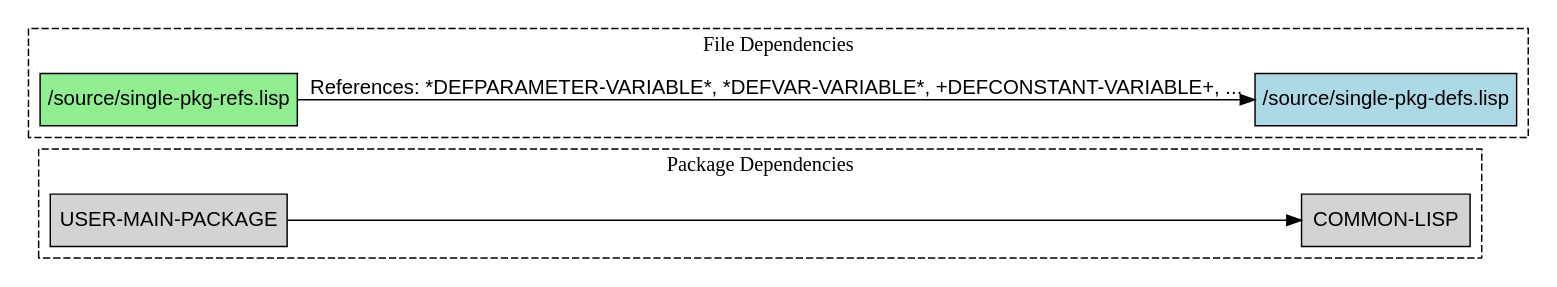
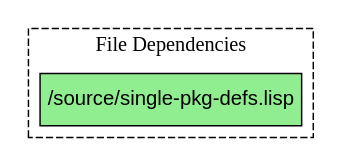
The diagram in reports/TEST-PROJECT-report.dot (davypough/dependency-analyzer), drawn with Graphviz before and after one commit. The commit also changed 7 other files, not shown here.

```diff
--- a/reports/TEST-PROJECT-report.dot
+++ b/reports/TEST-PROJECT-report.dot
@@ -1,29 +1,24 @@
 digraph Dependencies {
   rankdir=LR;
   compound=true;
   node [shape=box, fontname="Arial"];
   edge [fontname="Arial"];
   subgraph cluster_systems {
     label="System Dependencies";
     style=dashed;
     node [style=filled,fillcolor=lightpink];
   }
 
   subgraph cluster_packages {
     label="Package Dependencies";
     style=dashed;
     node [style=filled,fillcolor=lightgrey];
-    "pkg_user_main_package" [label="USER-MAIN-PACKAGE"];
-    "pkg_common_lisp" [label="COMMON-LISP"];
-    "pkg_user_main_package" -> "pkg_common_lisp";
   }
 
   subgraph cluster_files {
     label="File Dependencies";
     style=dashed;
     node [style=filled,fillcolor=lightblue];
-    "single_pkg_defs_lisp" [label="/source/single-pkg-defs.lisp"];
-    "single_pkg_refs_lisp" [label="/source/single-pkg-refs.lisp",fillcolor=lightgreen];
-    "single_pkg_refs_lisp" -> "single_pkg_defs_lisp" [label="References: *DEFPARAMETER-VARIABLE*, *DEFVAR-VARIABLE*, +DEFCONSTANT-VARIABLE+, ..."];
+    "single_pkg_defs_lisp" [label="/source/single-pkg-defs.lisp",fillcolor=lightgreen];
   }
 }
```
